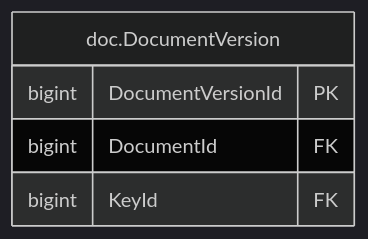
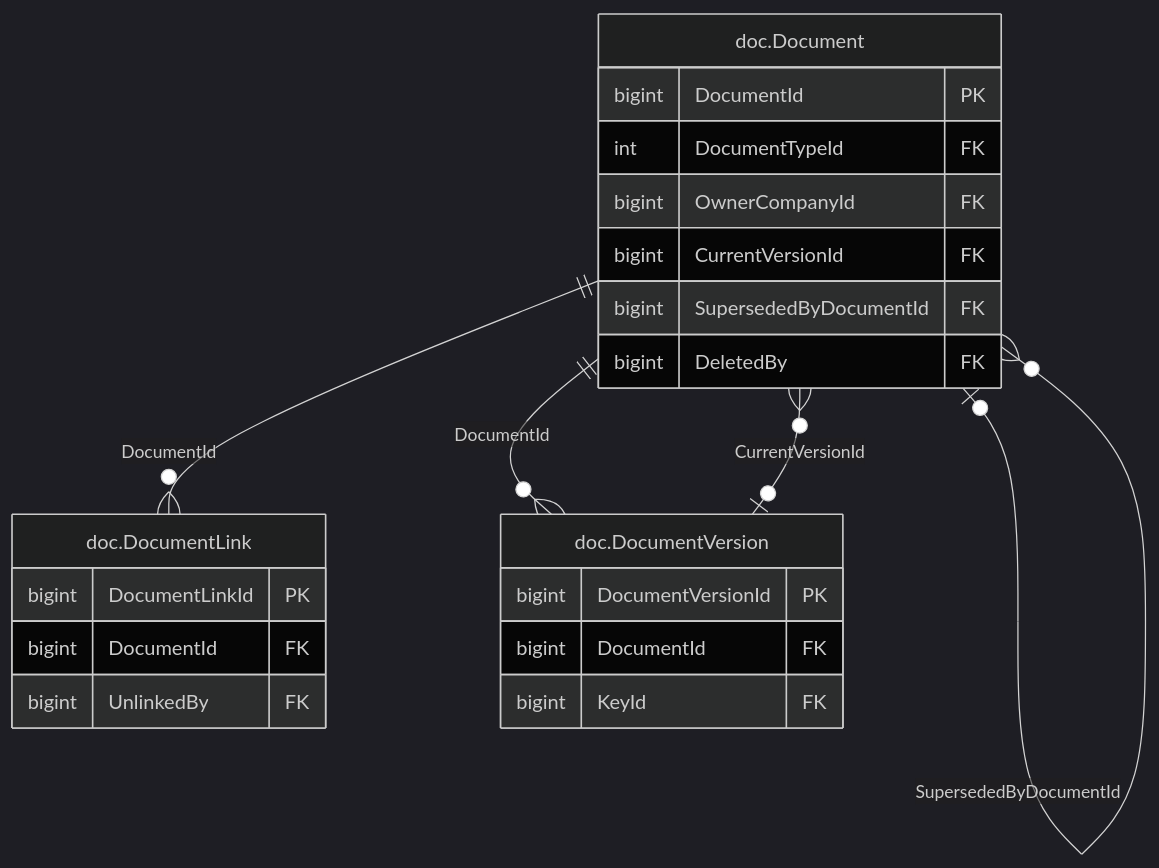
The diagram in treasury-platform/docs/diagrams/erd/m0_audit_docs_2.mmd (thawrasy/smartlines), drawn with Mermaid (dark theme) before and after one commit. The commit also changed 183 other files, not shown here.

```diff
--- a/treasury-platform/docs/diagrams/erd/m0_audit_docs_2.mmd
+++ b/treasury-platform/docs/diagrams/erd/m0_audit_docs_2.mmd
@@ -1,7 +1,24 @@
 %% م0 · التدقيق والمستندات (2/2) — Audit & documents
 erDiagram
+  doc_Document["doc.Document"] {
+    bigint DocumentId PK
+    int DocumentTypeId FK
+    bigint OwnerCompanyId FK
+    bigint CurrentVersionId FK
+    bigint SupersededByDocumentId FK
+    bigint DeletedBy FK
+  }
+  doc_DocumentLink["doc.DocumentLink"] {
+    bigint DocumentLinkId PK
+    bigint DocumentId FK
+    bigint UnlinkedBy FK
+  }
   doc_DocumentVersion["doc.DocumentVersion"] {
     bigint DocumentVersionId PK
     bigint DocumentId FK
     bigint KeyId FK
   }
+  doc_Document |o--o{ doc_Document : "SupersededByDocumentId"
+  doc_Document ||--o{ doc_DocumentLink : "DocumentId"
+  doc_Document ||--o{ doc_DocumentVersion : "DocumentId"
+  doc_DocumentVersion |o--o{ doc_Document : "CurrentVersionId"
```
